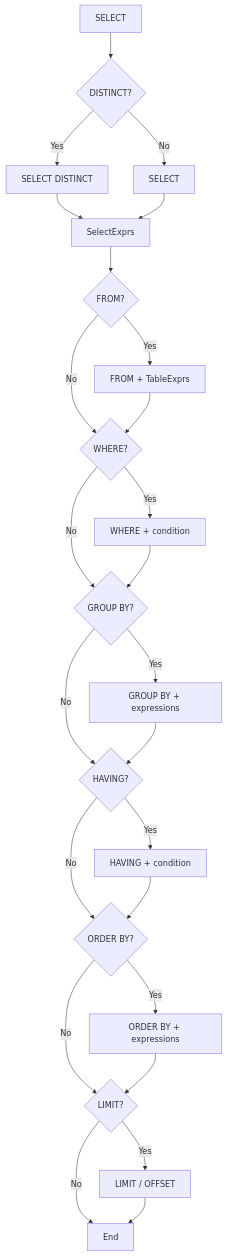
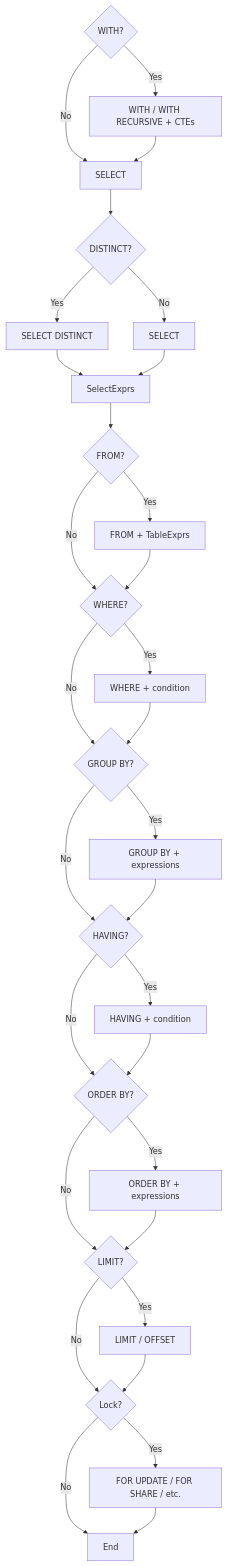
Before and after one commit to Eagle-Konbu/sanat: the second of 2 diagrams in docs/formatter-spec.md, drawn with Mermaid. The commit also changed other lines of this file and 2 other files, not shown here.

````diff
--- a/docs/formatter-spec.md
+++ b/docs/formatter-spec.md
@@ -86,27 +86,33 @@
 ```mermaid
 flowchart TD
-    S[SELECT] --> D{DISTINCT?}
+    W0{WITH?} -- Yes --> CTE[WITH / WITH RECURSIVE + CTEs]
+    W0 -- No --> S
+    CTE --> S[SELECT]
+    S --> D{DISTINCT?}
     D -- Yes --> D1["SELECT DISTINCT"]
     D -- No --> D2["SELECT"]
     D1 --> SE[SelectExprs]
     D2 --> SE
     SE --> F{FROM?}
     F -- Yes --> FE[FROM + TableExprs]
     F -- No --> W
     FE --> W{WHERE?}
     W -- Yes --> WE[WHERE + condition]
     W -- No --> G
     WE --> G{GROUP BY?}
     G -- Yes --> GE[GROUP BY + expressions]
     G -- No --> H
     GE --> H{HAVING?}
     H -- Yes --> HE[HAVING + condition]
     H -- No --> O
     HE --> O{ORDER BY?}
     O -- Yes --> OE[ORDER BY + expressions]
     O -- No --> L
     OE --> L{LIMIT?}
     L -- Yes --> LE[LIMIT / OFFSET]
-    L -- No --> END[End]
-    LE --> END
+    L -- No --> LK
+    LE --> LK{Lock?}
+    LK -- Yes --> LKE[FOR UPDATE / FOR SHARE / etc.]
+    LK -- No --> END[End]
+    LKE --> END
 ```
````
